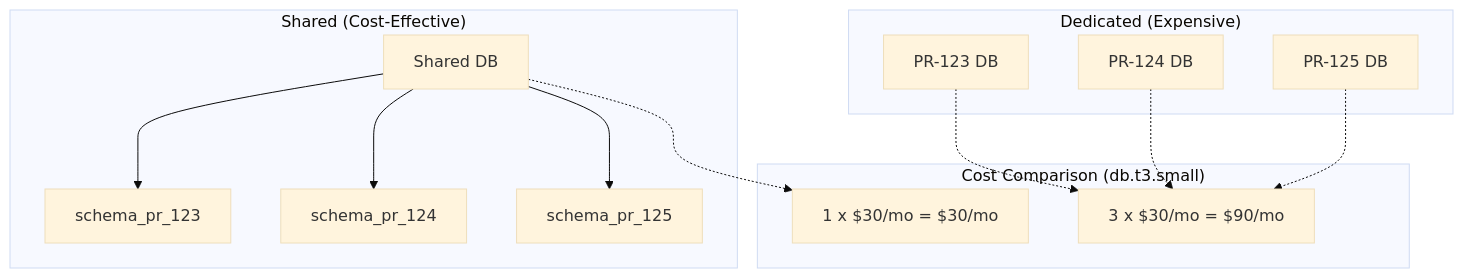
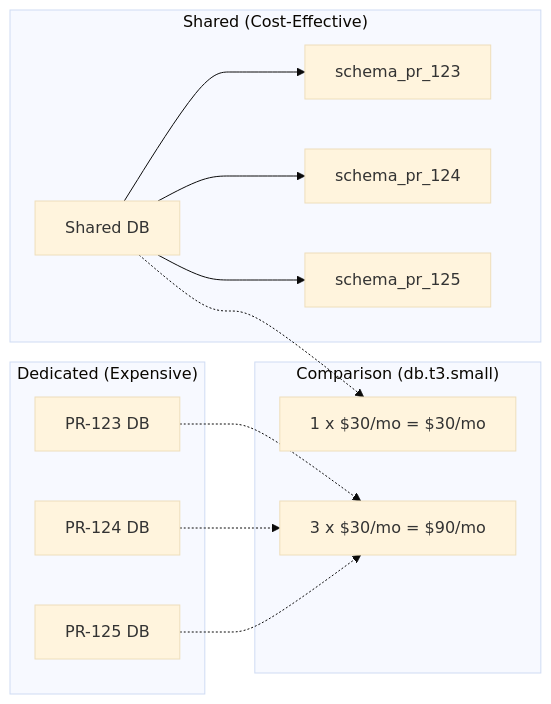
The diagram in src/content/articles/ephemeral-preview-environments-cost-control-cleanup/index.mdx (webstackdev/astro.webstackbuilders.com), drawn with Mermaid (base theme) before and after one commit. The commit also changed 265 other files, not shown here.

Commit message:
Add screenshots of all Mermaid diagrams to articles

````diff
--- a/src/content/articles/ephemeral-preview-environments-cost-control-cleanup/index.mdx
+++ b/src/content/articles/ephemeral-preview-environments-cost-control-cleanup/index.mdx
@@ -98,25 +98,25 @@
 ```mermaid
-flowchart TD
+flowchart LR
   subgraph dedicated["Dedicated (Expensive)"]
     A1["PR-123 DB"]
     A2["PR-124 DB"]
     A3["PR-125 DB"]
   end
 
   subgraph shared["Shared (Cost-Effective)"]
     B1["Shared DB"]
     B1 --> B2["schema_pr_123"]
     B1 --> B3["schema_pr_124"]
     B1 --> B4["schema_pr_125"]
   end
 
-  subgraph cost["Cost Comparison (db.t3.small)"]
+  subgraph cost["Comparison (db.t3.small)"]
     C1["3 x $30/mo = $90/mo"]
     C2["1 x $30/mo = $30/mo"]
   end
 
   A1 -.-> C1
   A2 -.-> C1
   A3 -.-> C1
   B1 -.-> C2
 ```
````
